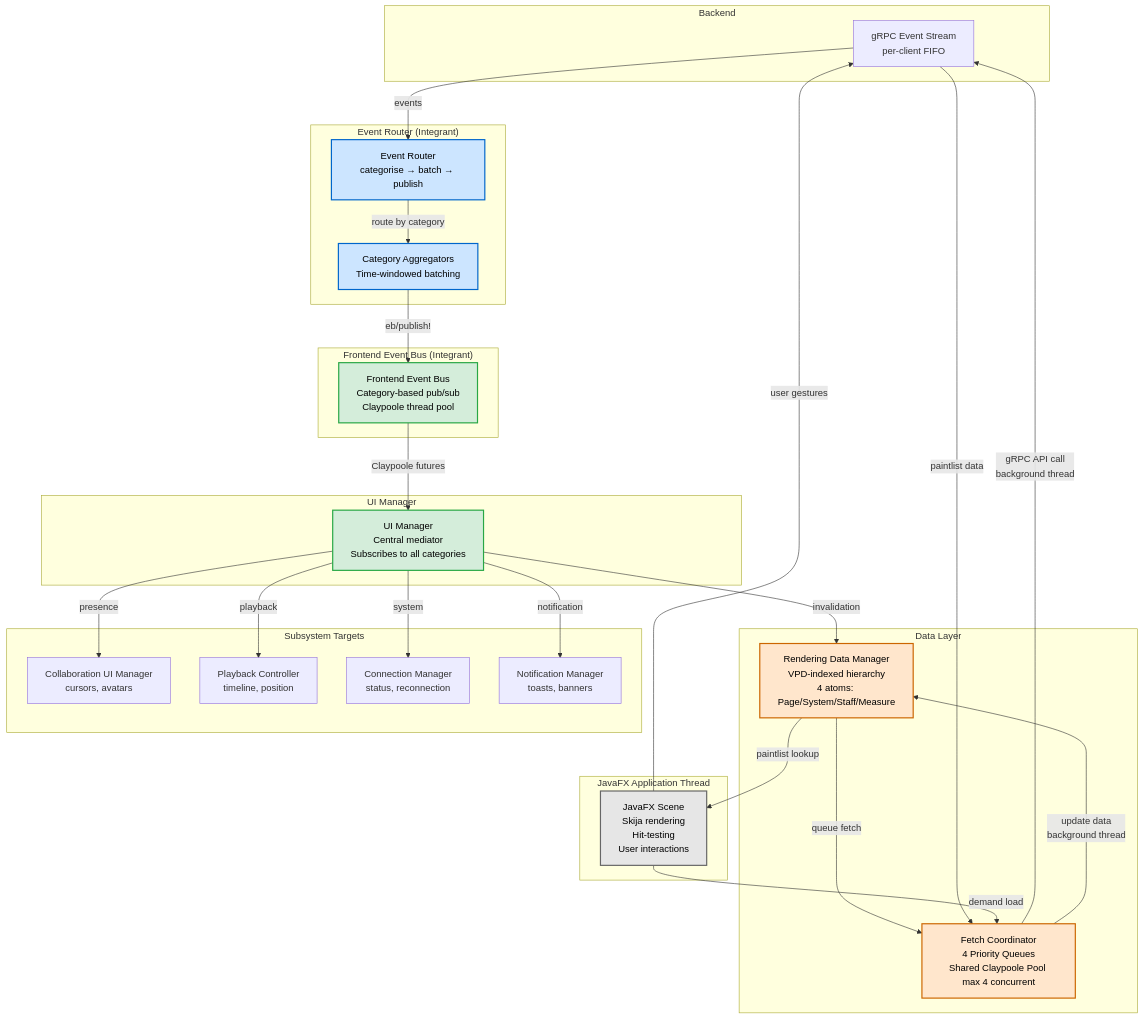
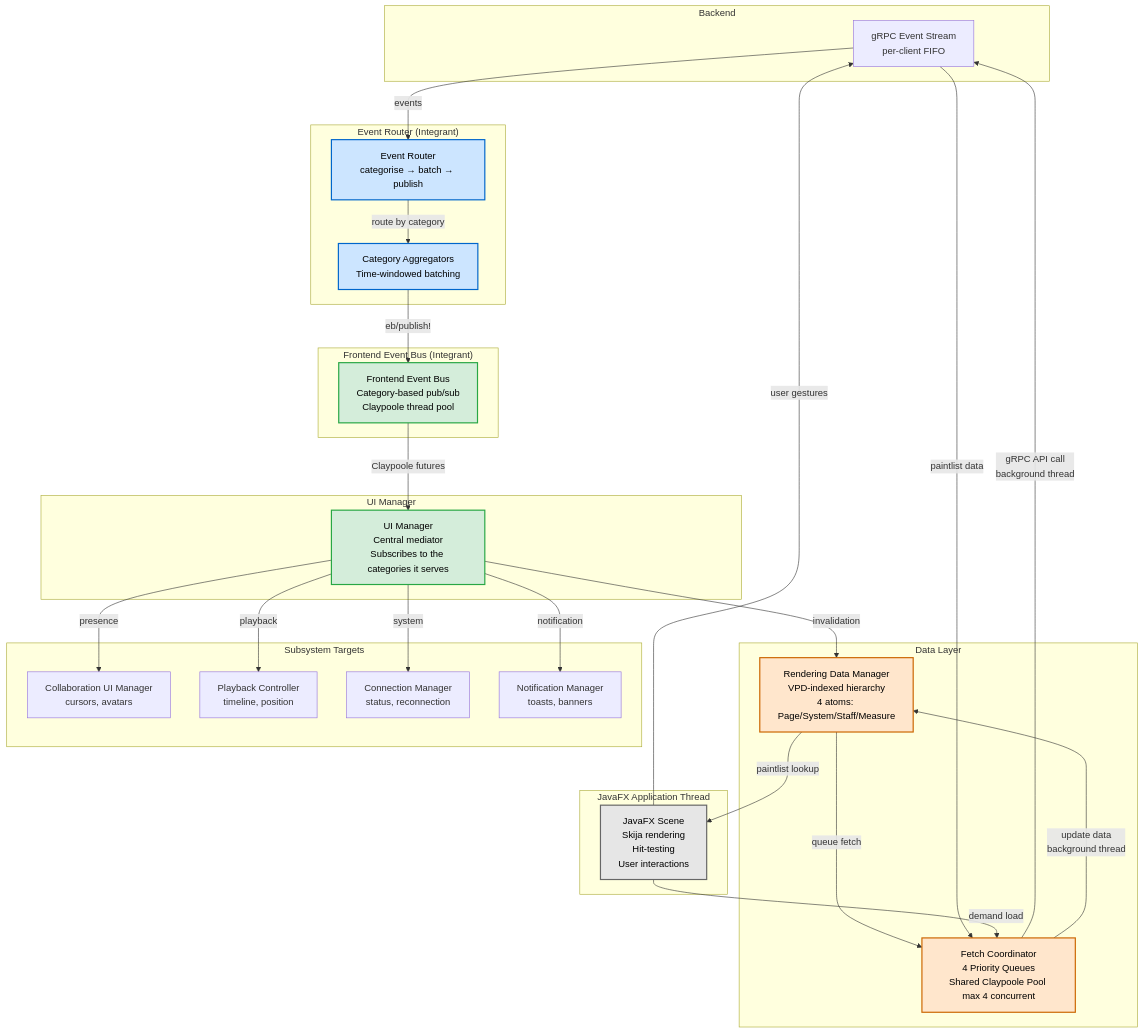
The second of 6 diagrams in ADRs/0031-Frontend-Event-Driven-Architecture.md (PeterBengtson/Ooloi-docs), drawn with Mermaid before and after one commit. The commit also changed other lines of this file and 7 other files, not shown here.

````diff
--- a/ADRs/0031-Frontend-Event-Driven-Architecture.md
+++ b/ADRs/0031-Frontend-Event-Driven-Architecture.md
@@ -361,62 +417,62 @@
 ```mermaid
 graph TB
     subgraph Backend
         gRPC[gRPC Event Stream<br/>per-client FIFO]
     end
 
     subgraph "Event Router (Integrant)"
         ER[Event Router<br/>categorise → batch → publish]
         CA[Category Aggregators<br/>Time-windowed batching]
     end
 
     subgraph "Frontend Event Bus (Integrant)"
         BUS[Frontend Event Bus<br/>Category-based pub/sub<br/>Claypoole thread pool]
     end
 
     subgraph "UI Manager"
-        UM[UI Manager<br/>Central mediator<br/>Subscribes to all categories]
+        UM[UI Manager<br/>Central mediator<br/>Subscribes to the categories it serves]
     end
 
     subgraph "Data Layer"
         RDM[Rendering Data Manager<br/>VPD-indexed hierarchy<br/>4 atoms: Page/System/Staff/Measure]
         FC[Fetch Coordinator<br/>4 Priority Queues<br/>Shared Claypoole Pool max 4 concurrent]
     end
 
     subgraph "Subsystem Targets"
         COLLAB[Collaboration UI Manager<br/>cursors, avatars]
         PLAYBACK[Playback Controller<br/>timeline, position]
         CONN[Connection Manager<br/>status, reconnection]
         NOTIFY[Notification Manager<br/>toasts, banners]
     end
 
     subgraph "JavaFX Application Thread"
         SCENE[JavaFX Scene<br/>Skija rendering<br/>Hit-testing<br/>User interactions]
     end
 
     gRPC -->|events| ER
     ER -->|route by category| CA
     CA -->|eb/publish!| BUS
     BUS -->|Claypoole futures| UM
     UM -->|invalidation| RDM
     UM -->|presence| COLLAB
     UM -->|playback| PLAYBACK
     UM -->|system| CONN
     UM -->|notification| NOTIFY
 
     RDM -->|queue fetch| FC
     FC -->|gRPC API call<br/>background thread| gRPC
     gRPC -->|paintlist data| FC
     FC -->|update data<br/>background thread| RDM
 
     RDM -->|paintlist lookup| SCENE
     SCENE -->|demand load| FC
     SCENE -->|user gestures| gRPC
 
     style ER fill:#cce5ff,stroke:#0066cc,stroke-width:2px,color:#000
     style CA fill:#cce5ff,stroke:#0066cc,stroke-width:2px,color:#000
     style BUS fill:#d4edda,stroke:#28a745,stroke-width:2px,color:#000
     style UM fill:#d4edda,stroke:#28a745,stroke-width:2px,color:#000
     style RDM fill:#ffe6cc,stroke:#cc6600,stroke-width:2px,color:#000
     style FC fill:#ffe6cc,stroke:#cc6600,stroke-width:2px,color:#000
     style SCENE fill:#e6e6e6,stroke:#666,stroke-width:2px,color:#000
 ```
````
